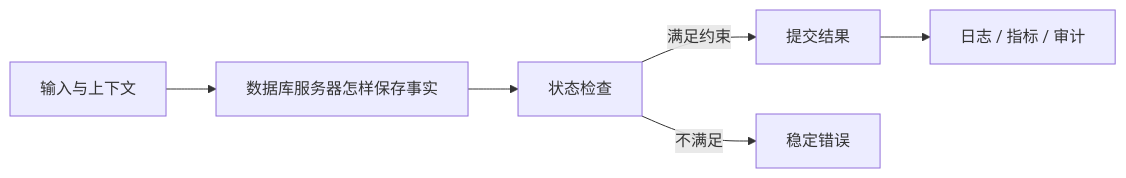
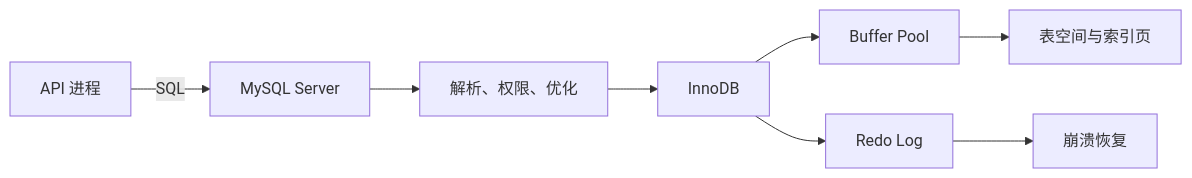
One commit to upJiang/jiang-blog-vitepress changed the diagram in docs/backend/mysql-relational-schema-design.md. Above: the diagram before and after it, drawn with Mermaid. The commit also changed other lines of this file and 341 other files, not shown here.

````diff
--- a/docs/backend/mysql-relational-schema-design.md
+++ b/docs/backend/mysql-relational-schema-design.md
@@ -34,8 +36,10 @@
 ```mermaid
 flowchart LR
-  A[输入与上下文] --> B[数据库服务器怎样保存事实]
-  B --> C[状态检查]
-  C -->|满足约束| D[提交结果]
-  C -->|不满足| E[稳定错误]
-  D --> F[日志 / 指标 / 审计]
+  API[API 进程] -->|SQL| MYSQL[MySQL Server]
+  MYSQL --> PARSE[解析、权限、优化]
+  PARSE --> INNO[InnoDB]
+  INNO --> BP[Buffer Pool]
+  INNO --> REDO[Redo Log]
+  BP --> DATA[表空间与索引页]
+  REDO --> RECOVER[崩溃恢复]
 ```
````
